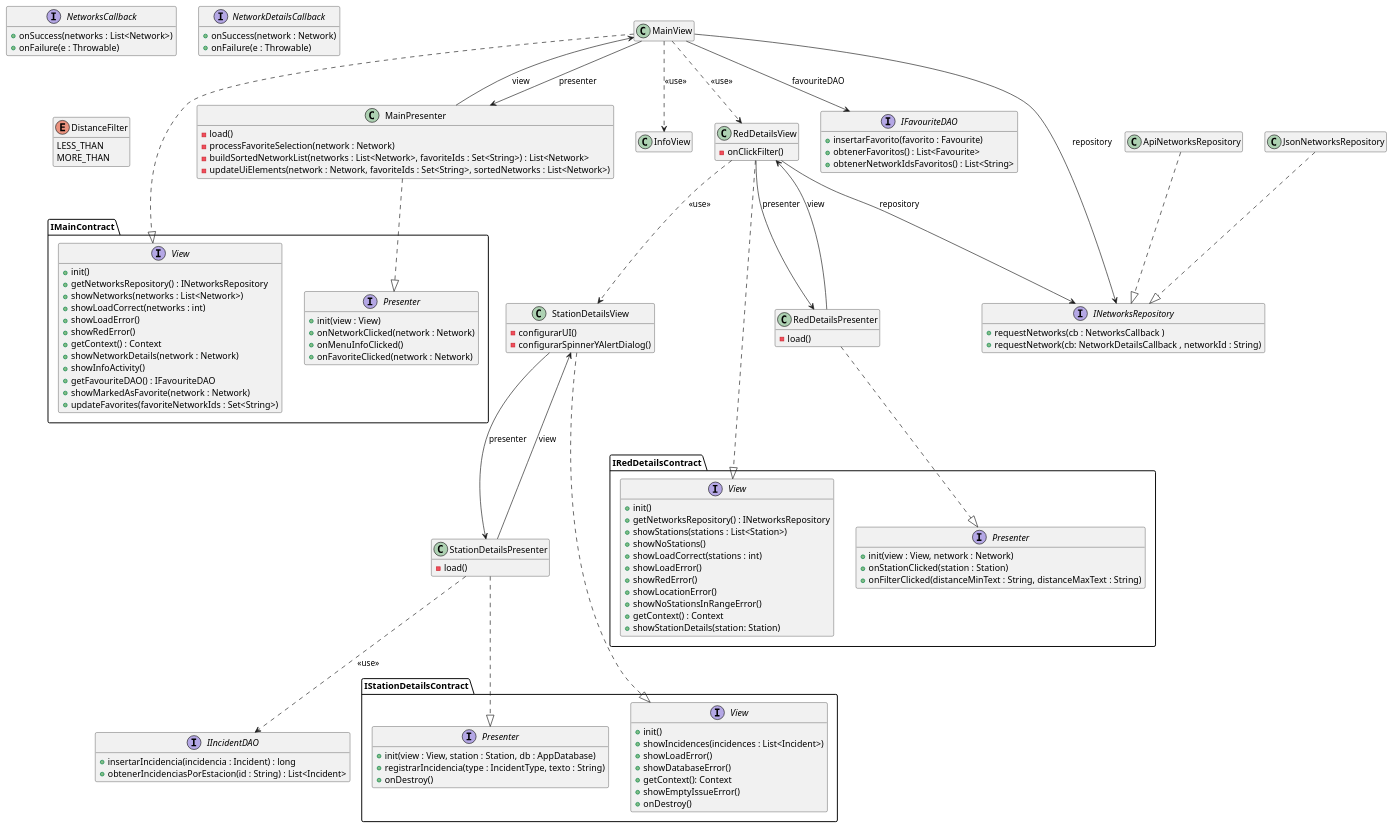
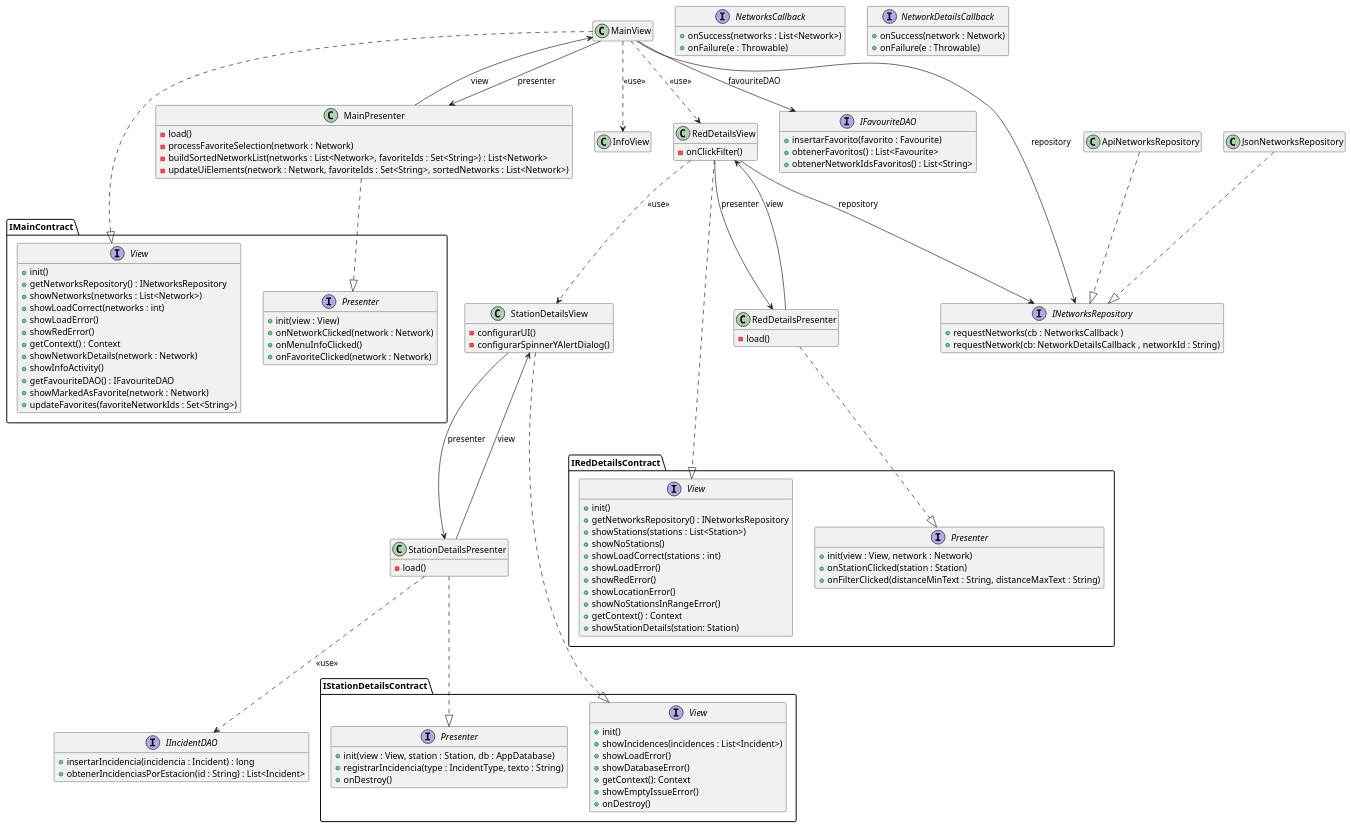
Before and after one commit to isunican/App-Bicis-Grupo1: the diagram in Docs/Models/architecture.puml, drawn with PlantUML.

Commit message:
Eliminar enum DistanceFilter

```diff
--- a/Docs/Models/architecture.puml
+++ b/Docs/Models/architecture.puml
@@ -1,151 +1,146 @@
 @startuml architecture
 
 hide empty members
 
 MainView ..|> IMainContract.View
 MainPresenter ..|> IMainContract.Presenter
 MainView --> INetworksRepository : repository
 ApiNetworksRepository ..|> INetworksRepository
 JsonNetworksRepository ..|> INetworksRepository
 MainView --> MainPresenter : presenter
 MainPresenter --> MainView : view
 MainView ..> InfoView : <<use>>
 MainView ..> RedDetailsView : <<use>>
 RedDetailsView ..> StationDetailsView : <<use>>
 
 RedDetailsView ..|> IRedDetailsContract.View
 RedDetailsPresenter ..|> IRedDetailsContract.Presenter
 RedDetailsView --> INetworksRepository : repository
 RedDetailsView --> RedDetailsPresenter : presenter
 RedDetailsPresenter --> RedDetailsView : view
 MainView --> IFavouriteDAO : favouriteDAO
 
 StationDetailsView ..|> IStationDetailsContract.View
 StationDetailsPresenter ..|> IStationDetailsContract.Presenter
 StationDetailsView --> StationDetailsPresenter : presenter
 StationDetailsPresenter --> StationDetailsView : view
 StationDetailsPresenter ..> IIncidentDAO : <<use>>
 
 
 class MainView {
 }
 
 class MainPresenter {
     -load()
     - processFavoriteSelection(network : Network)
     - buildSortedNetworkList(networks : List<Network>, favoriteIds : Set<String>) : List<Network>
     - updateUiElements(network : Network, favoriteIds : Set<String>, sortedNetworks : List<Network>)
 }
 
 class InfoView
 
 class StationDetailsView{
     - configurarUI()
     - configurarSpinnerYAlertDialog()
 }
 
 class StationDetailsPresenter {
     -load()
 }
 
 
 class RedDetailsView {
     -onClickFilter()
 }
 class RedDetailsPresenter {
     -load()
 }
 
 class ApiNetworksRepository
 class JsonNetworksRepository
 
 interface IFavouriteDAO {
     + insertarFavorito(favorito : Favourite)
     + obtenerFavoritos() : List<Favourite>
     + obtenerNetworkIdsFavoritos() : List<String>
 }
 
 interface IMainContract.View {
     + init()
     + getNetworksRepository() : INetworksRepository
     + showNetworks(networks : List<Network>)
     + showLoadCorrect(networks : int)
     + showLoadError()
     + showRedError()
     + getContext() : Context
     + showNetworkDetails(network : Network)
     + showInfoActivity()
     + getFavouriteDAO() : IFavouriteDAO
     + showMarkedAsFavorite(network : Network)
     + updateFavorites(favoriteNetworkIds : Set<String>)
 }
 
 interface IMainContract.Presenter {
     + init(view : View)
     + onNetworkClicked(network : Network)
     + onMenuInfoClicked()
     + onFavoriteClicked(network : Network)
 }
 
 interface IRedDetailsContract.View {
     + init()
     + getNetworksRepository() : INetworksRepository
     + showStations(stations : List<Station>)
     + showNoStations()
     + showLoadCorrect(stations : int)
     + showLoadError()
     + showRedError()
     + showLocationError()
     + showNoStationsInRangeError()
     + getContext() : Context
     + showStationDetails(station: Station)
 }
 
 interface IRedDetailsContract.Presenter {
     + init(view : View, network : Network)
     + onStationClicked(station : Station)
     + onFilterClicked(distanceMinText : String, distanceMaxText : String)
 }
 
 interface INetworksRepository {
     + requestNetworks(cb : NetworksCallback )
     + requestNetwork(cb: NetworkDetailsCallback , networkId : String)
 }
 
 interface NetworksCallback {
     + onSuccess(networks : List<Network>)
     + onFailure(e : Throwable)
 }
 
 interface NetworkDetailsCallback {
     + onSuccess(network : Network)
     + onFailure(e : Throwable)
 }
 
-enum DistanceFilter {
-    LESS_THAN
-    MORE_THAN
-}
-
 interface IStationDetailsContract.Presenter {
     + init(view : View, station : Station, db : AppDatabase)
     + registrarIncidencia(type : IncidentType, texto : String)
     + onDestroy()
 }
 
 interface IStationDetailsContract.View {
     + init()
     + showIncidences(incidences : List<Incident>)
     + showLoadError()
     + showDatabaseError()
     + getContext(): Context
     + showEmptyIssueError()
     + onDestroy()
 }
 
 interface IIncidentDAO {
     + insertarIncidencia(incidencia : Incident) : long
     + obtenerIncidenciasPorEstacion(id : String) : List<Incident>
 }
 
 @enduml
```
